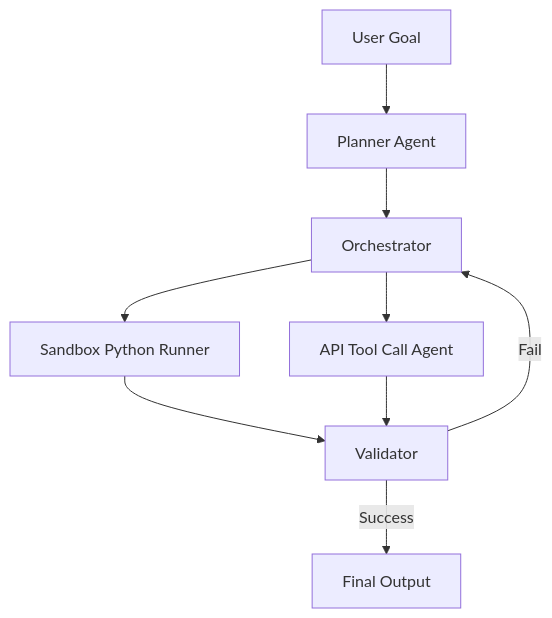
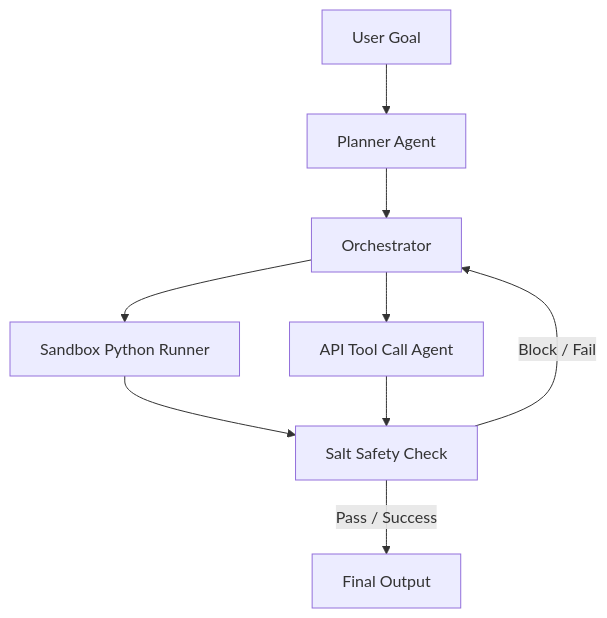
Before and after one commit to jaswanthsai7/Nadhebe: the diagram in src/content/youtube-articles/gpt-5-6-autonomous-engine.md, drawn with Mermaid. The commit also changed other lines of this file and 32 other files, not shown here.

Commit message:
docs: resolve configuration schema warnings and perform comprehensive factual corrections across all articles

````diff
--- a/src/content/youtube-articles/gpt-5-6-autonomous-engine.md
+++ b/src/content/youtube-articles/gpt-5-6-autonomous-engine.md
@@ -48,11 +51,11 @@
 ```mermaid
 graph TD
     A[User Goal] --> B[Planner Agent]
     B --> C[Orchestrator]
     C --> D[Sandbox Python Runner]
     C --> E[API Tool Call Agent]
-    D --> F[Validator]
+    D --> F[Salt Safety Check]
     E --> F
-    F -->|Fail| C
-    F -->|Success| G[Final Output]
+    F -->|Block / Fail| C
+    F -->|Pass / Success| G[Final Output]
 ```
````
